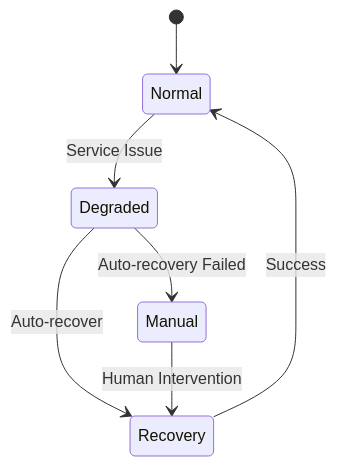
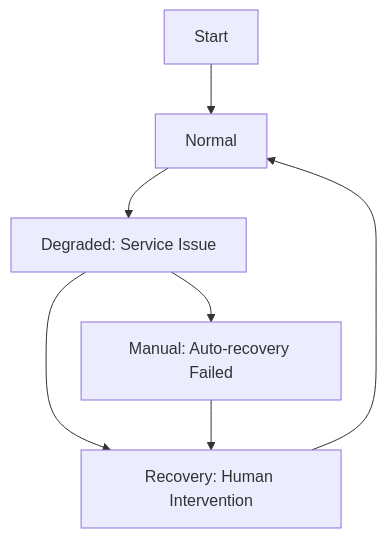
Before and after one commit to saugatach/LLM-grader: diagram 12 of 13 in design/LLM-designs/LLM-design-grading-case-study/design-grading-case-study-level3.md, drawn with Mermaid. The commit also changed other lines of this file and 1 other file, not shown here.

Commit message:
fixed the diagrams

````diff
--- a/design/LLM-designs/LLM-design-grading-case-study/design-grading-case-study-level3.md
+++ b/design/LLM-designs/LLM-design-grading-case-study/design-grading-case-study-level3.md
@@ -540,9 +540,9 @@
 ```mermaid
-stateDiagram-v2
-    [*] --> Normal
-    Normal --> Degraded: Service Issue
-    Degraded --> Recovery: Auto-recover
-    Recovery --> Normal: Success
-    Degraded --> Manual: Auto-recovery Failed
-    Manual --> Recovery: Human Intervention
+flowchart TD
+    A[Start] --> B[Normal]
+    B --> C[Degraded: Service Issue]
+    C --> D[Recovery: Auto-recover]
+    D --> B
+    C --> E[Manual: Auto-recovery Failed]
+    E --> D[Recovery: Human Intervention]
 ```
````
